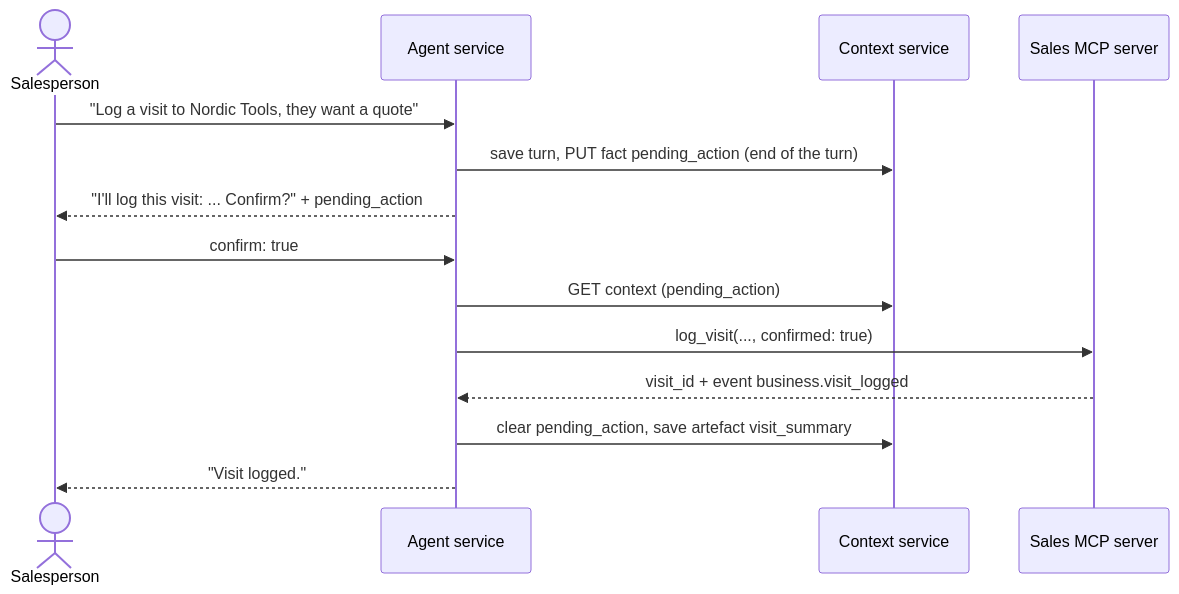
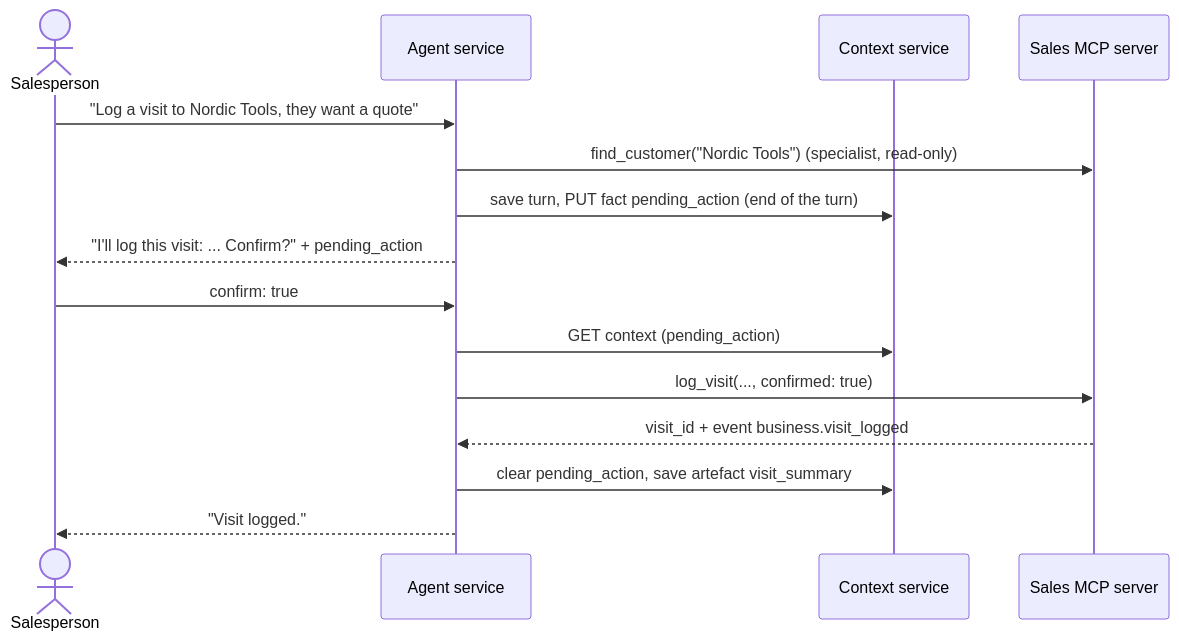
The fifth of 7 diagrams in docs/architecture.md (atiliosud/field-sales-agent-reference), drawn with Mermaid before and after one commit. The commit also changed other lines of this file and 1 other file, not shown here.

First line of the commit message:
docs: bring the architecture and the brief in line with find_customer and prompt v3

````diff
--- a/docs/architecture.md
+++ b/docs/architecture.md
@@ -178,16 +180,17 @@
 ```mermaid
 sequenceDiagram
     actor U as Salesperson
     participant A as Agent service
     participant C as Context service
     participant M as Sales MCP server
     U->>A: "Log a visit to Nordic Tools, they want a quote"
+    A->>M: find_customer("Nordic Tools") (specialist, read-only)
     A->>C: save turn, PUT fact pending_action (end of the turn)
     A-->>U: "I'll log this visit: ... Confirm?" + pending_action
     U->>A: confirm: true
     A->>C: GET context (pending_action)
     A->>M: log_visit(..., confirmed: true)
     M-->>A: visit_id + event business.visit_logged
     A->>C: clear pending_action, save artefact visit_summary
     A-->>U: "Visit logged."
 ```
````
